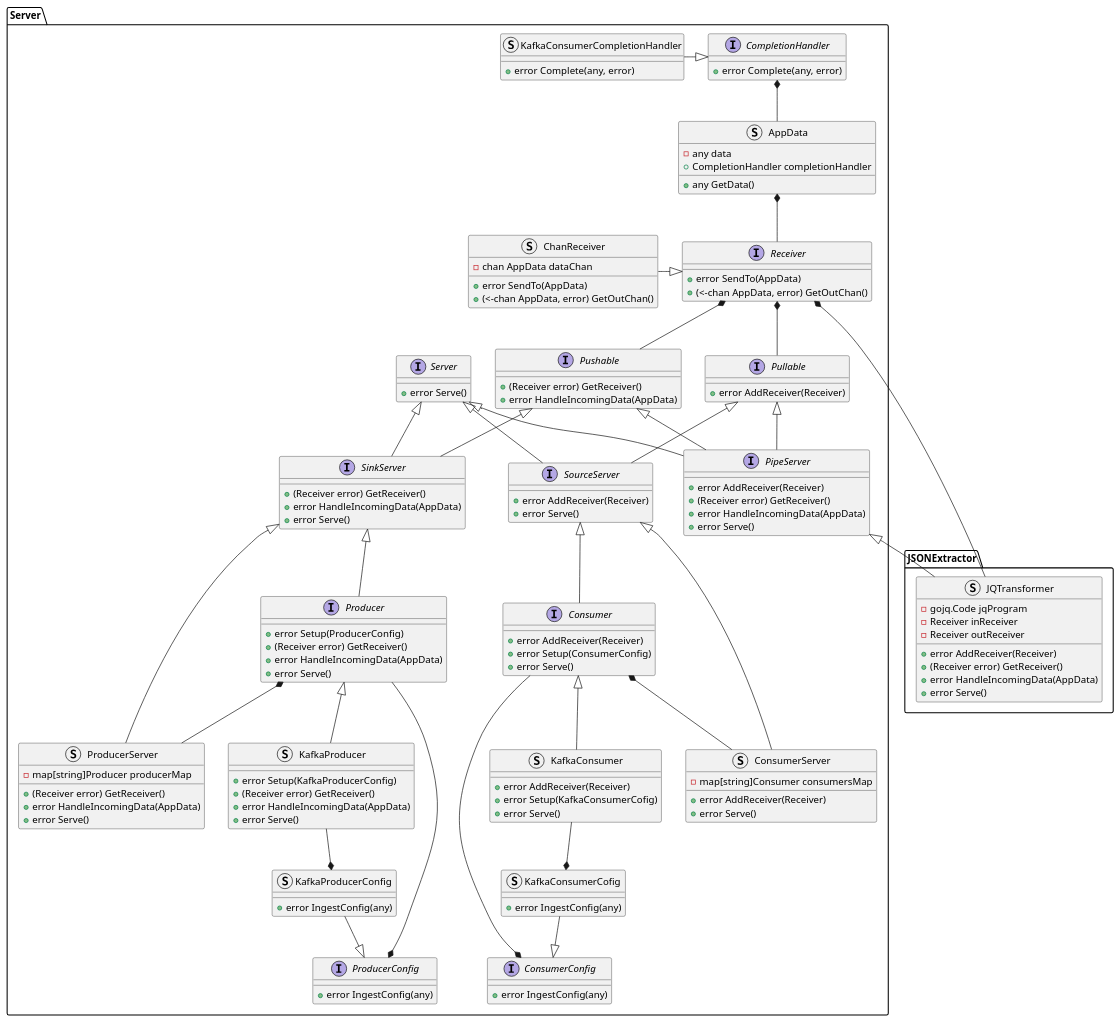
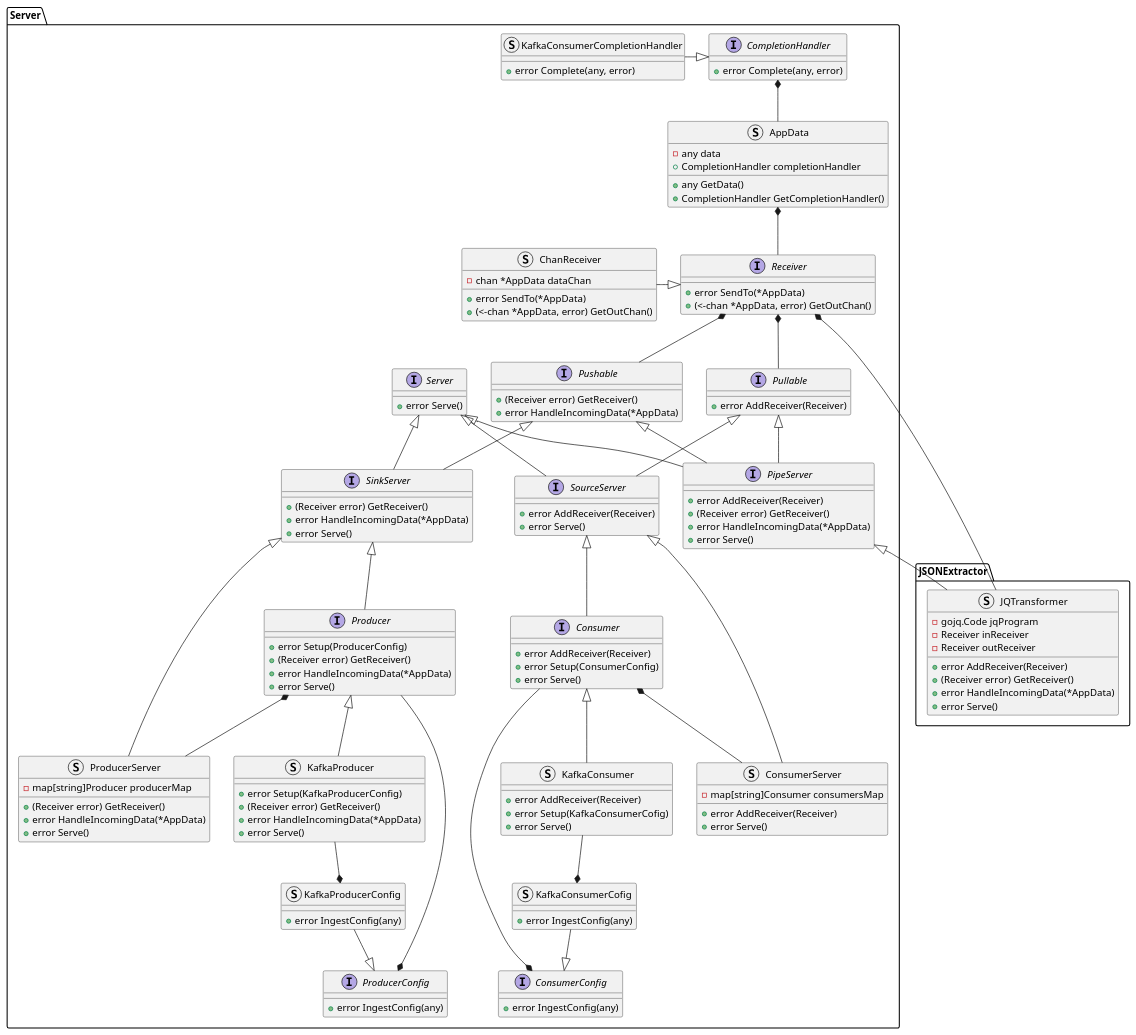
The diagram in docs/design_notes/DN1_JSON_Extractor/class_diagram.puml (xtuml/otel2pv), drawn with PlantUML before and after one commit. The commit also changed 3 other files, not shown here.

```diff
--- a/docs/design_notes/DN1_JSON_Extractor/class_diagram.puml
+++ b/docs/design_notes/DN1_JSON_Extractor/class_diagram.puml
@@ -1,139 +1,140 @@
 @startuml
 namespace JSONExtractor {
     struct JQTransformer {
         -gojq.Code jqProgram
         -Receiver inReceiver
         -Receiver outReceiver
         +error AddReceiver(Receiver)
         +(Receiver error) GetReceiver()
-        +error HandleIncomingData(AppData)
+        +error HandleIncomingData(*AppData)
         +error Serve()
     }
 }
 namespace Server {
     interface CompletionHandler {
         +error Complete(any, error)
     }
     struct KafkaConsumerCompletionHandler {
         +error Complete(any, error)
     }
     struct AppData {
         -any data
         +CompletionHandler completionHandler
         +any GetData()
+        +CompletionHandler GetCompletionHandler()
     }
     interface Receiver {
-        +error SendTo(AppData)
-        +(<-chan AppData, error) GetOutChan()
+        +error SendTo(*AppData)
+        +(<-chan *AppData, error) GetOutChan()
     }
     struct ChanReceiver {
-        -chan AppData dataChan
-        +error SendTo(AppData)
-        +(<-chan AppData, error) GetOutChan()
+        -chan *AppData dataChan
+        +error SendTo(*AppData)
+        +(<-chan *AppData, error) GetOutChan()
     }
     interface Server {
         +error Serve()
     }
     interface Pullable {
         +error AddReceiver(Receiver)
     }
     interface Pushable {
         +(Receiver error) GetReceiver()
-        +error HandleIncomingData(AppData)
+        +error HandleIncomingData(*AppData)
     }
     interface SourceServer {
         +error AddReceiver(Receiver)
         +error Serve()
     }
     interface SinkServer {
         +(Receiver error) GetReceiver()
-        +error HandleIncomingData(AppData)
+        +error HandleIncomingData(*AppData)
         +error Serve()
     }
     interface PipeServer {
         +error AddReceiver(Receiver)
         +(Receiver error) GetReceiver()
-        +error HandleIncomingData(AppData)
+        +error HandleIncomingData(*AppData)
         +error Serve()
     }
     interface Producer {
         +error Setup(ProducerConfig)
         +(Receiver error) GetReceiver()
-        +error HandleIncomingData(AppData)
+        +error HandleIncomingData(*AppData)
         +error Serve()
     }
     interface Consumer {
         +error AddReceiver(Receiver)
         +error Setup(ConsumerConfig)
         +error Serve()
     }
     struct KafkaConsumer {
         +error AddReceiver(Receiver)
         +error Setup(KafkaConsumerCofig)
         +error Serve()
     }
     struct KafkaProducer {
         +error Setup(KafkaProducerConfig)
         +(Receiver error) GetReceiver()
-        +error HandleIncomingData(AppData)
+        +error HandleIncomingData(*AppData)
         +error Serve()
     }
     struct ProducerServer {
         -map[string]Producer producerMap
         +(Receiver error) GetReceiver()
-        +error HandleIncomingData(AppData)
+        +error HandleIncomingData(*AppData)
         +error Serve()
     }
     struct ConsumerServer {
         -map[string]Consumer consumersMap
         +error AddReceiver(Receiver)
         +error Serve()
     }
     struct KafkaConsumerCofig {
         +error IngestConfig(any)
     }
     struct KafkaProducerConfig {
         +error IngestConfig(any)
     }
     interface ProducerConfig {
         +error IngestConfig(any)
     }
     interface ConsumerConfig {
         +error IngestConfig(any)
     }
 }
 Server.CompletionHandler *-- Server.AppData
 Server.CompletionHandler <|-left- Server.KafkaConsumerCompletionHandler
 Server.AppData *-- Server.Receiver
 Server.Receiver *-- Server.Pullable
 Server.Receiver *-- Server.Pushable
 Server.Receiver <|-left- Server.ChanReceiver
 Server.Server <|-- Server.SourceServer
 Server.Pullable <|-- Server.SourceServer
 Server.Server <|-- Server.SinkServer
 Server.Pushable <|-- Server.SinkServer
 Server.Pushable <|-- Server.PipeServer
 Server.Pullable <|-- Server.PipeServer
 Server.Server <|-- Server.PipeServer
 
 Server.SinkServer <|-down- Server.Producer
 Server.Producer <|-- Server.KafkaProducer
 Server.Consumer <|-- Server.KafkaConsumer
 Server.Producer *-- Server.ProducerServer
 Server.SinkServer <|-left- Server.ProducerServer
 Server.SourceServer <|-- Server.ConsumerServer
 Server.Consumer *-- Server.ConsumerServer
 Server.SourceServer <|-down- Server.Consumer
 
 Server.KafkaConsumerCofig *-up- Server.KafkaConsumer
 Server.KafkaProducerConfig *-up- Server.KafkaProducer
 
 Server.PipeServer <|-- JSONExtractor.JQTransformer
 Server.Receiver *-- JSONExtractor.JQTransformer
 
 Server.ProducerConfig <|-up- Server.KafkaProducerConfig
 Server.ConsumerConfig <|-up- Server.KafkaConsumerCofig
 
 Server.ConsumerConfig *-- Server.Consumer
 Server.ProducerConfig *-- Server.Producer
 @enduml
```
